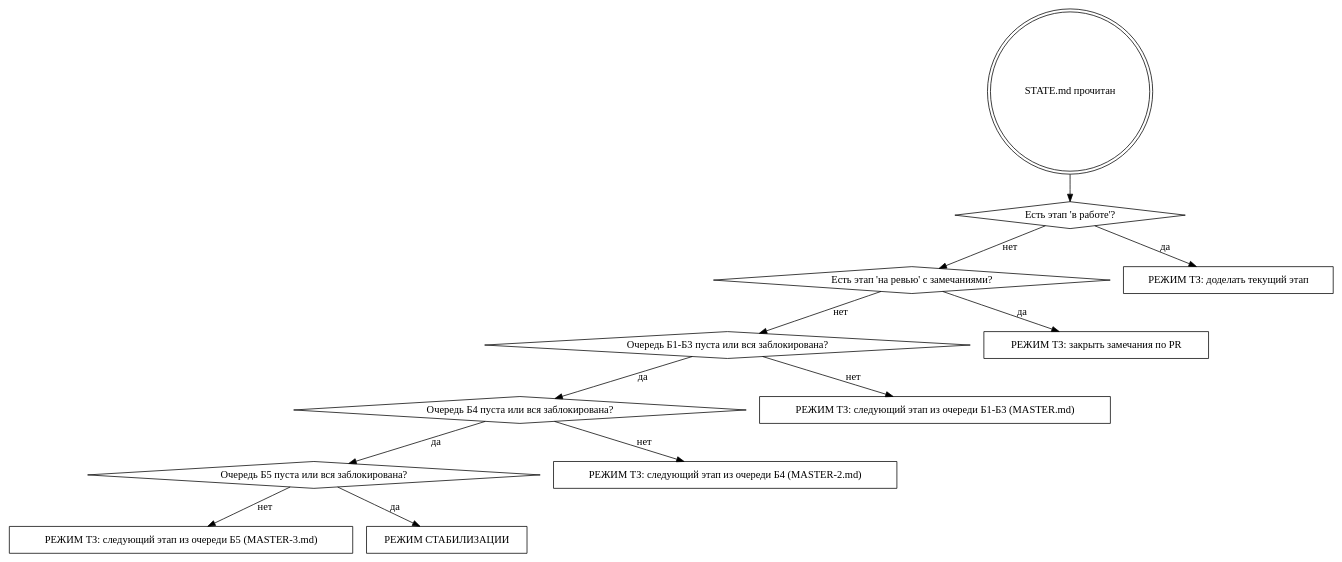
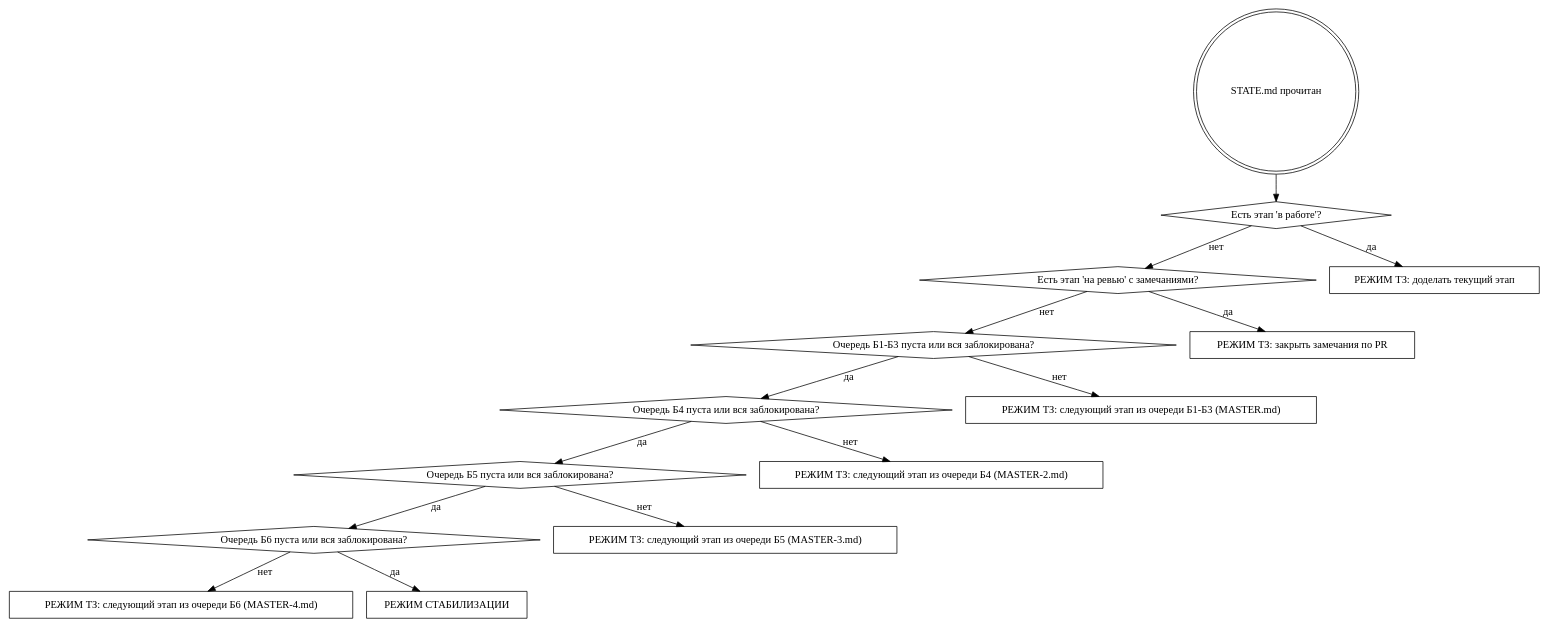
The diagram in docs/tz/CONTINUE.md (aiprocadm/bigfin), drawn with Graphviz before and after one commit. The commit also changed other lines of this file and 4 other files, not shown here.

````diff
--- a/docs/tz/CONTINUE.md
+++ b/docs/tz/CONTINUE.md
@@ -62,28 +63,32 @@
 ```dot
 digraph mode {
   "STATE.md прочитан" [shape=doublecircle];
   "Есть этап 'в работе'?" [shape=diamond];
   "Есть этап 'на ревью' с замечаниями?" [shape=diamond];
   "Очередь Б1-Б3 пуста или вся заблокирована?" [shape=diamond];
   "Очередь Б4 пуста или вся заблокирована?" [shape=diamond];
   "Очередь Б5 пуста или вся заблокирована?" [shape=diamond];
+  "Очередь Б6 пуста или вся заблокирована?" [shape=diamond];
   "РЕЖИМ ТЗ: доделать текущий этап" [shape=box];
   "РЕЖИМ ТЗ: закрыть замечания по PR" [shape=box];
   "РЕЖИМ ТЗ: следующий этап из очереди Б1-Б3 (MASTER.md)" [shape=box];
   "РЕЖИМ ТЗ: следующий этап из очереди Б4 (MASTER-2.md)" [shape=box];
   "РЕЖИМ ТЗ: следующий этап из очереди Б5 (MASTER-3.md)" [shape=box];
+  "РЕЖИМ ТЗ: следующий этап из очереди Б6 (MASTER-4.md)" [shape=box];
   "РЕЖИМ СТАБИЛИЗАЦИИ" [shape=box];
 
   "STATE.md прочитан" -> "Есть этап 'в работе'?";
   "Есть этап 'в работе'?" -> "РЕЖИМ ТЗ: доделать текущий этап" [label="да"];
   "Есть этап 'в работе'?" -> "Есть этап 'на ревью' с замечаниями?" [label="нет"];
   "Есть этап 'на ревью' с замечаниями?" -> "РЕЖИМ ТЗ: закрыть замечания по PR" [label="да"];
   "Есть этап 'на ревью' с замечаниями?" -> "Очередь Б1-Б3 пуста или вся заблокирована?" [label="нет"];
   "Очередь Б1-Б3 пуста или вся заблокирована?" -> "РЕЖИМ ТЗ: следующий этап из очереди Б1-Б3 (MASTER.md)" [label="нет"];
   "Очередь Б1-Б3 пуста или вся заблокирована?" -> "Очередь Б4 пуста или вся заблокирована?" [label="да"];
   "Очередь Б4 пуста или вся заблокирована?" -> "РЕЖИМ ТЗ: следующий этап из очереди Б4 (MASTER-2.md)" [label="нет"];
   "Очередь Б4 пуста или вся заблокирована?" -> "Очередь Б5 пуста или вся заблокирована?" [label="да"];
   "Очередь Б5 пуста или вся заблокирована?" -> "РЕЖИМ ТЗ: следующий этап из очереди Б5 (MASTER-3.md)" [label="нет"];
-  "Очередь Б5 пуста или вся заблокирована?" -> "РЕЖИМ СТАБИЛИЗАЦИИ" [label="да"];
+  "Очередь Б5 пуста или вся заблокирована?" -> "Очередь Б6 пуста или вся заблокирована?" [label="да"];
+  "Очередь Б6 пуста или вся заблокирована?" -> "РЕЖИМ ТЗ: следующий этап из очереди Б6 (MASTER-4.md)" [label="нет"];
+  "Очередь Б6 пуста или вся заблокирована?" -> "РЕЖИМ СТАБИЛИЗАЦИИ" [label="да"];
 }
 ```
````
